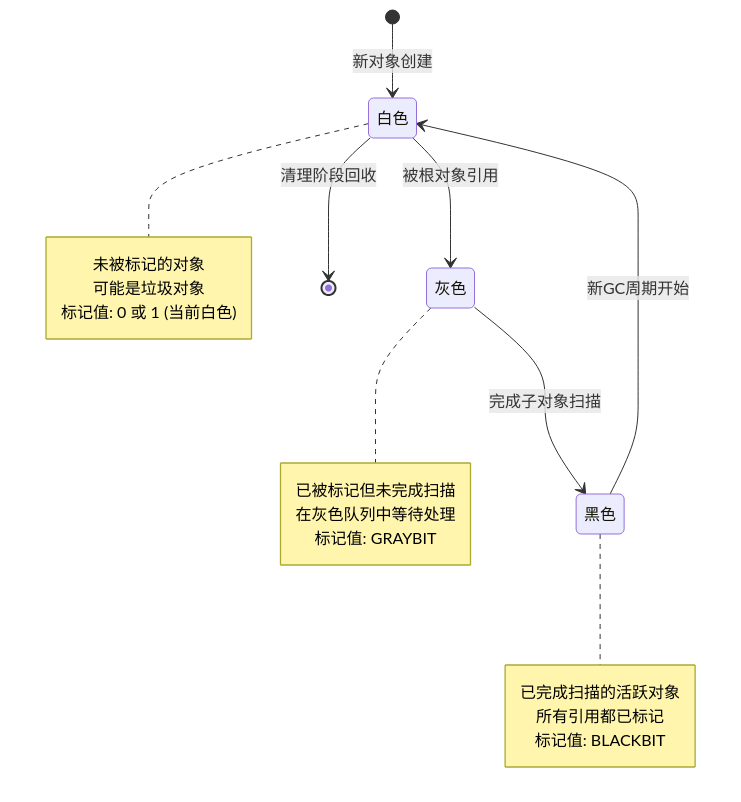
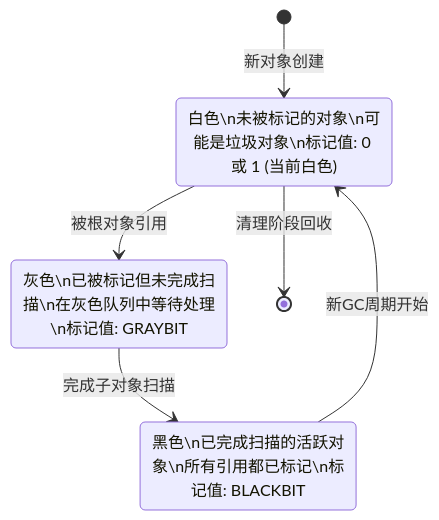
The diagram in docs/wiki_gc.md (YanqingXu/lua_c_analysis), drawn with Mermaid before and after one commit. The commit also changed 2 other files, not shown here.

Commit message:
docs(graph): 优化 Mermaid 图表语法和样式规范
- 统一 Mermaid 图表类型由 graph 改为 flowchart，提升兼容性和展示效果
- 将节点文本用双引号包裹，避免语法解析错误
- 修正子图标记为 subgraph 并添加结束标识 end 保证 Mermaid 语法正确
- 重新定义多个 classDef 样式，细化图表视觉层次
- 使用英文状态名替换状态图中的中文，提升图表国际化表现
- 将多处 Mermaid 注释改为节点说明文本，增强可读性
- 调整所有 Mermaid 代码块格式，保证一致的缩进和结构清晰度

````diff
--- a/docs/wiki_gc.md
+++ b/docs/wiki_gc.md
@@ -20,27 +20,13 @@
 ```mermaid
 stateDiagram-v2
-    [*] --> 白色: 新对象创建
-    白色 --> 灰色: 被根对象引用
-    灰色 --> 黑色: 完成子对象扫描
-    黑色 --> 白色: 新GC周期开始
+    [*] --> White: 新对象创建
+    White --> Gray: 被根对象引用
+    Gray --> Black: 完成子对象扫描
+    Black --> White: 新GC周期开始
     
-    白色 --> [*]: 清理阶段回收
+    White --> [*]: 清理阶段回收
     
-    note right of 白色
-        未被标记的对象
-        可能是垃圾对象
-        标记值: 0 或 1 (当前白色)
-    end note
-    
-    note right of 灰色
-        已被标记但未完成扫描
-        在灰色队列中等待处理
-        标记值: GRAYBIT
-    end note
-    
-    note right of 黑色
-        已完成扫描的活跃对象
-        所有引用都已标记
-        标记值: BLACKBIT
-    end note
+    White: 白色\n未被标记的对象\n可能是垃圾对象\n标记值: 0 或 1 (当前白色)
+    Gray: 灰色\n已被标记但未完成扫描\n在灰色队列中等待处理\n标记值: GRAYBIT
+    Black: 黑色\n已完成扫描的活跃对象\n所有引用都已标记\n标记值: BLACKBIT
 ```
````
